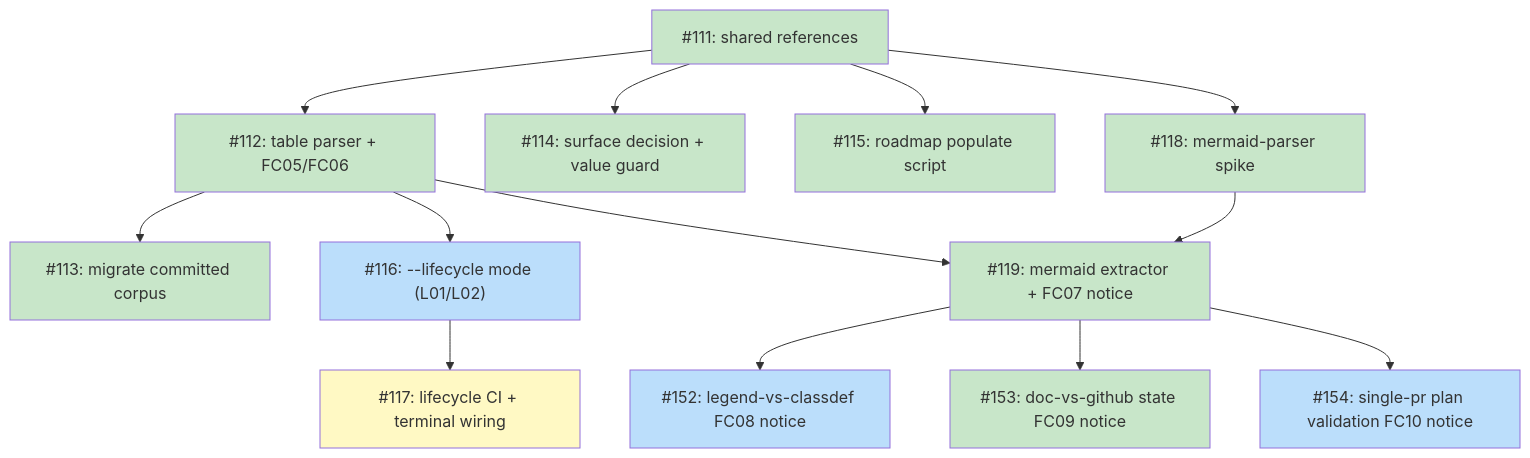
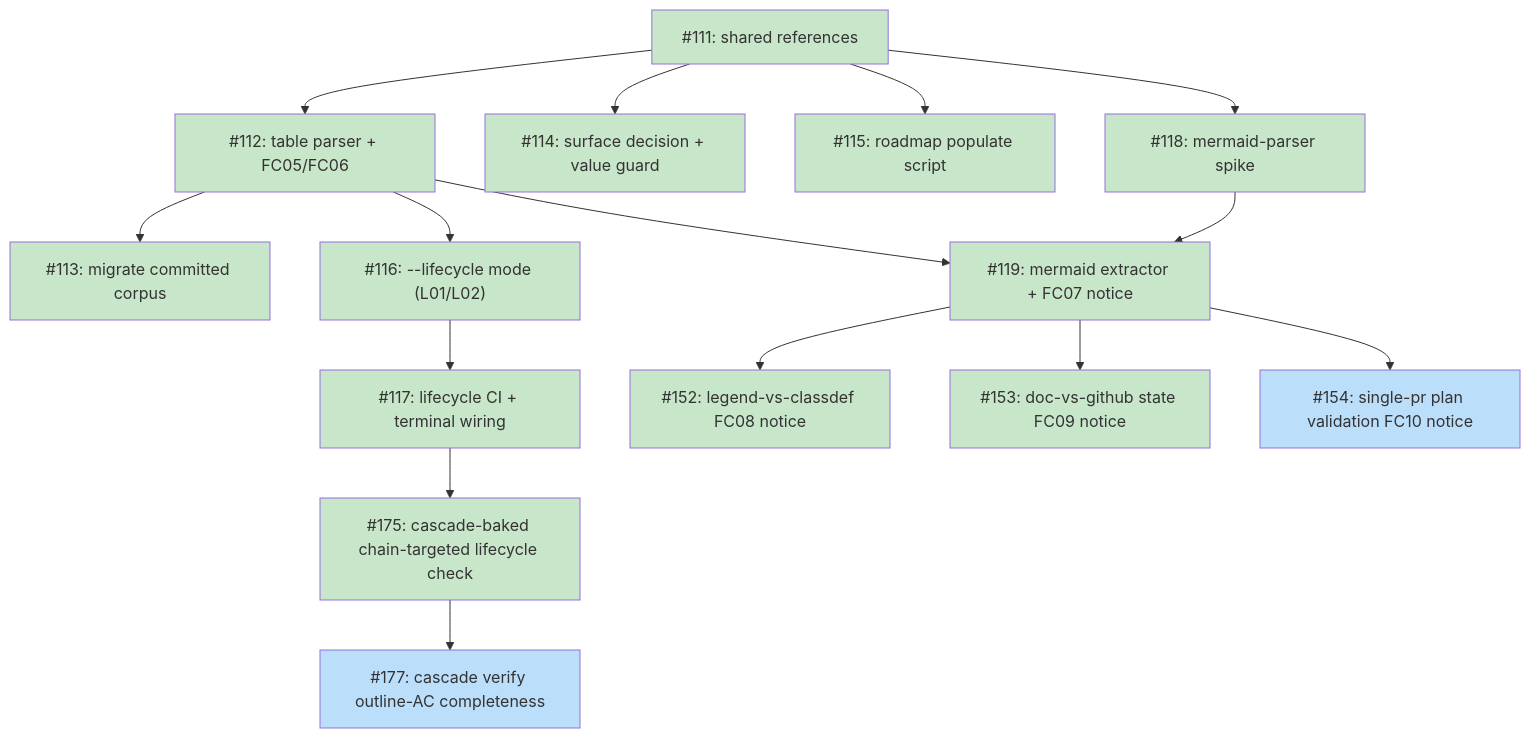
Before and after one commit to tsukumogami/shirabe: the diagram in docs/plans/PLAN-roadmap-plan-standardization.md, drawn with Mermaid. The commit also changed other lines of this file, not shown here.

First line of the commit message:
docs(plan): consolidate parent PLAN bookkeeping after lifecycle slice merges

````diff
--- a/docs/plans/PLAN-roadmap-plan-standardization.md
+++ b/docs/plans/PLAN-roadmap-plan-standardization.md
@@ -93,42 +97,45 @@
 ```mermaid
 graph TD
     I111["#111: shared references"]
     I112["#112: table parser + FC05/FC06"]
     I113["#113: migrate committed corpus"]
     I114["#114: surface decision + value guard"]
     I115["#115: roadmap populate script"]
     I116["#116: --lifecycle mode (L01/L02)"]
     I117["#117: lifecycle CI + terminal wiring"]
     I118["#118: mermaid-parser spike"]
     I119["#119: mermaid extractor + FC07 notice"]
     I152["#152: legend-vs-classdef FC08 notice"]
     I153["#153: doc-vs-github state FC09 notice"]
     I154["#154: single-pr plan validation FC10 notice"]
+    I175["#175: cascade-baked chain-targeted lifecycle check"]
+    I177["#177: cascade verify outline-AC completeness"]
 
     I111 --> I112
     I111 --> I114
     I111 --> I115
     I111 --> I118
     I112 --> I113
     I112 --> I116
     I112 --> I119
     I116 --> I117
+    I117 --> I175
     I118 --> I119
     I119 --> I152
     I119 --> I153
     I119 --> I154
+    I175 --> I177
 
     classDef done fill:#c8e6c9
     classDef ready fill:#bbdefb
     classDef blocked fill:#fff9c4
     classDef needsDesign fill:#e1bee7
     classDef needsPrd fill:#b3e5fc
     classDef needsSpike fill:#ffcdd2
     classDef needsDecision fill:#d1c4e9
     classDef tracksDesign fill:#FFE0B2,stroke:#F57C00,color:#000
     classDef tracksPlan fill:#FFE0B2,stroke:#F57C00,color:#000
 
-    class I111,I112,I113,I114,I115,I118,I119,I153 done
-    class I116,I152,I154 ready
-    class I117 blocked
+    class I111,I112,I113,I114,I115,I116,I117,I118,I119,I152,I153,I175 done
+    class I154,I177 ready
 ```
````
